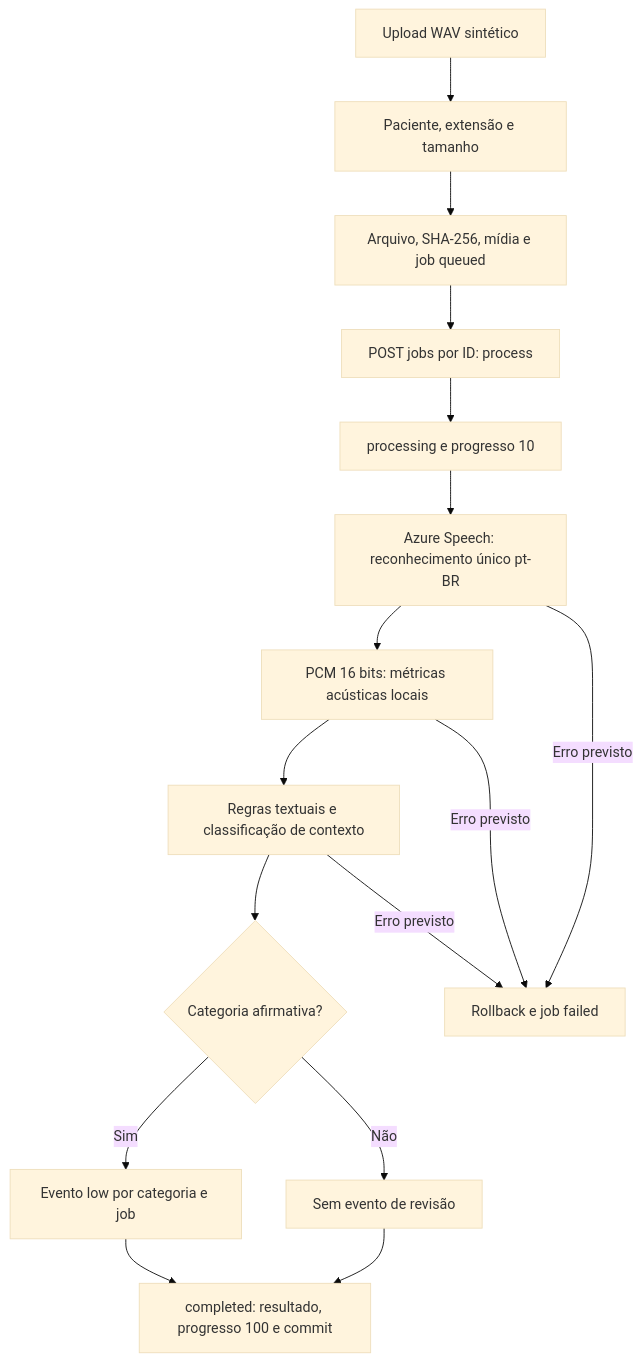
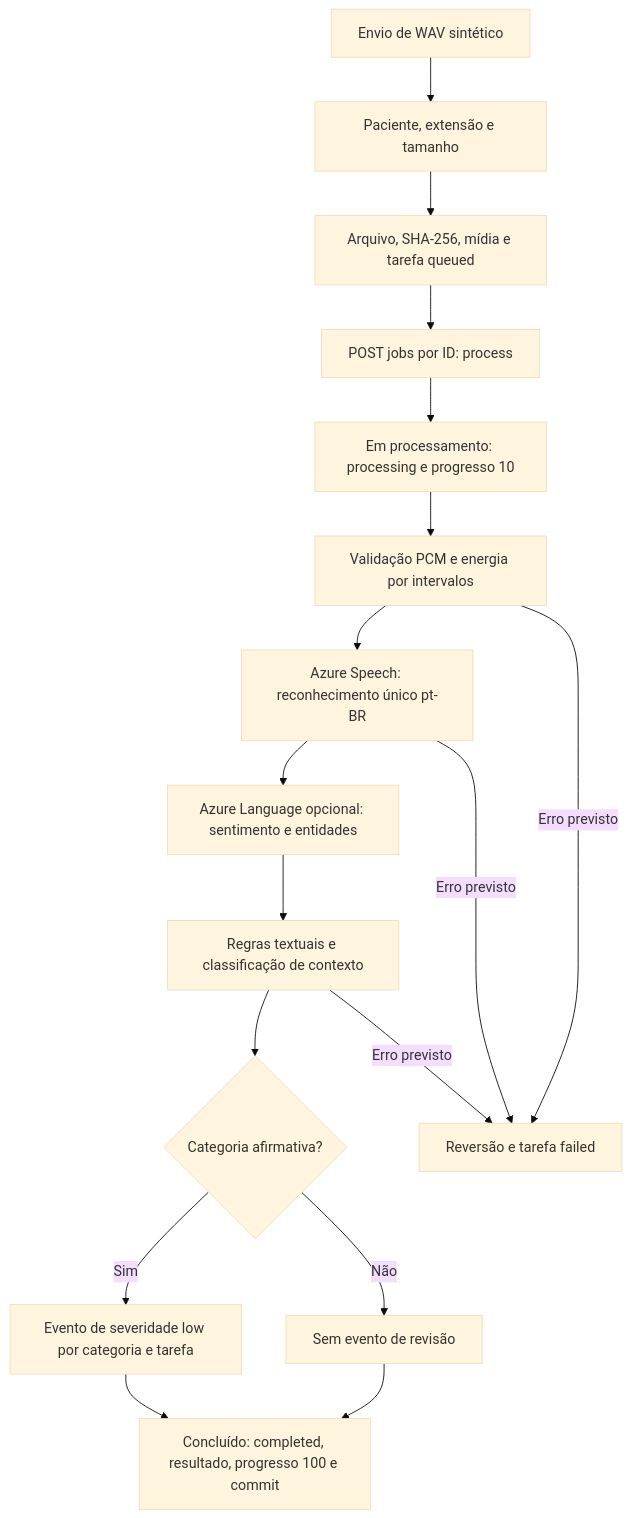
One commit to mo1sess/tech-challenge-fiap-fase-4 changed the third of 10 diagrams in docs/DIAGRAMS.md. Above: the diagram before and after it, drawn with Mermaid (base theme). The commit also changed other lines of this file and 61 other files, not shown here.

````diff
--- a/docs/DIAGRAMS.md
+++ b/docs/DIAGRAMS.md
@@ -54,18 +56,19 @@
 ```mermaid
 flowchart TD
-    UP[Upload WAV sintético] --> VAL[Paciente, extensão e tamanho]
-    VAL --> STORE[Arquivo, SHA-256, mídia e job queued]
+    UP[Envio de WAV sintético] --> VAL[Paciente, extensão e tamanho]
+    VAL --> STORE[Arquivo, SHA-256, mídia e tarefa queued]
     STORE --> POST[POST jobs por ID: process]
-    POST --> STATE[processing e progresso 10]
-    STATE --> AZ[Azure Speech: reconhecimento único pt-BR]
-    AZ --> AC[PCM 16 bits: métricas acústicas locais]
-    AC --> TXT[Regras textuais e classificação de contexto]
+    POST --> STATE[Em processamento: processing e progresso 10]
+    STATE --> AC[Validação PCM e energia por intervalos]
+    AC --> AZ[Azure Speech: reconhecimento único pt-BR]
+    AZ --> LANG[Azure Language opcional: sentimento e entidades]
+    LANG --> TXT[Regras textuais e classificação de contexto]
     TXT --> YES{Categoria afirmativa?}
-    YES -->|Sim| EV[Evento low por categoria e job]
+    YES -->|Sim| EV[Evento de severidade low por categoria e tarefa]
     YES -->|Não| EMPTY[Sem evento de revisão]
-    EV --> DONE[completed: resultado, progresso 100 e commit]
+    EV --> DONE[Concluído: completed, resultado, progresso 100 e commit]
     EMPTY --> DONE
-    AZ -->|Erro previsto| FAIL[Rollback e job failed]
+    AZ -->|Erro previsto| FAIL[Reversão e tarefa failed]
     AC -->|Erro previsto| FAIL
     TXT -->|Erro previsto| FAIL
 ```
````
